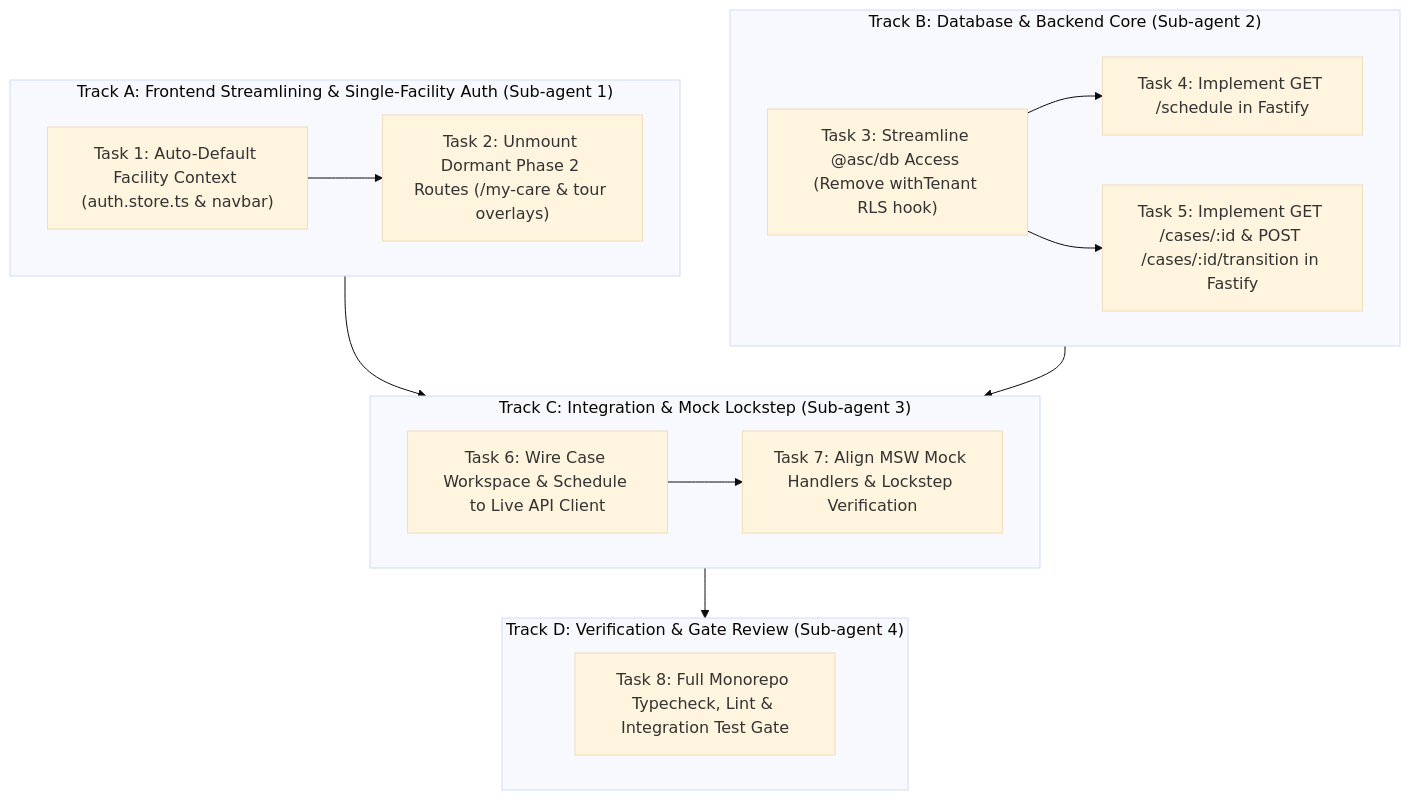
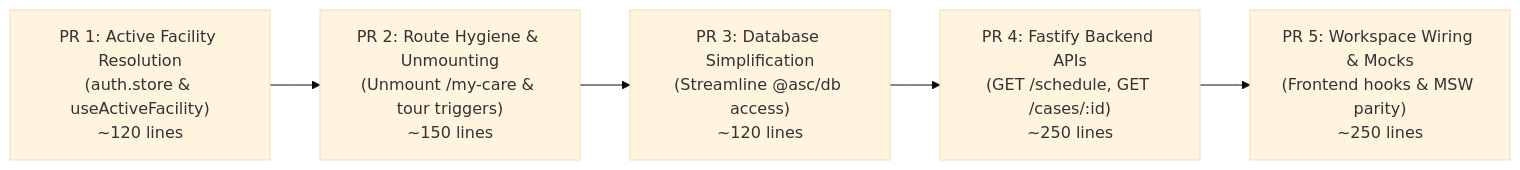
The diagram in docs/superpowers/plans/2026-10-14-phase2-streamlining-and-p15c-execution.md (imRahul05/ASC-EHR), drawn with Mermaid (base theme) before and after one commit. The commit also changed other lines of this file, not shown here.

Commit message:
docs(plan): chunk implementation plan into 5 focused phase-wise PRs

````diff
--- a/docs/superpowers/plans/2026-10-14-phase2-streamlining-and-p15c-execution.md
+++ b/docs/superpowers/plans/2026-10-14-phase2-streamlining-and-p15c-execution.md
@@ -37,30 +39,7 @@
 ```mermaid
-flowchart TD
-    subgraph StreamA ["Track A: Frontend Streamlining & Single-Facility Auth (Sub-agent 1)"]
-        T1["Task 1: Auto-Default Facility Context (auth.store.ts & navbar)"]
-        T2["Task 2: Unmount Dormant Phase 2 Routes (/my-care & tour overlays)"]
-        T1 --> T2
-    end
-
-    subgraph StreamB ["Track B: Database & Backend Core (Sub-agent 2)"]
-        T3["Task 3: Streamline @asc/db Access (Remove withTenant RLS hook)"]
-        T4["Task 4: Implement GET /schedule in Fastify"]
-        T5["Task 5: Implement GET /cases/:id & POST /cases/:id/transition in Fastify"]
-        T3 --> T4
-        T3 --> T5
-    end
-
-    subgraph StreamC ["Track C: Integration & Mock Lockstep (Sub-agent 3)"]
-        T6["Task 6: Wire Case Workspace & Schedule to Live API Client"]
-        T7["Task 7: Align MSW Mock Handlers & Lockstep Verification"]
-        T6 --> T7
-    end
-
-    subgraph StreamD ["Track D: Verification & Gate Review (Sub-agent 4)"]
-        T8["Task 8: Full Monorepo Typecheck, Lint & Integration Test Gate"]
-    end
-
-    StreamA --> StreamC
-    StreamB --> StreamC
-    StreamC --> StreamD
+flowchart LR
+    PR1["PR 1: Active Facility Resolution<br/>(auth.store & useActiveFacility)<br/>~120 lines"] --> PR2["PR 2: Route Hygiene & Unmounting<br/>(Unmount /my-care & tour triggers)<br/>~150 lines"]
+    PR2 --> PR3["PR 3: Database Simplification<br/>(Streamline @asc/db access)<br/>~120 lines"]
+    PR3 --> PR4["PR 4: Fastify Backend APIs<br/>(GET /schedule, GET /cases/:id)<br/>~250 lines"]
+    PR4 --> PR5["PR 5: Workspace Wiring & Mocks<br/>(Frontend hooks & MSW parity)<br/>~250 lines"]
 ```
````
